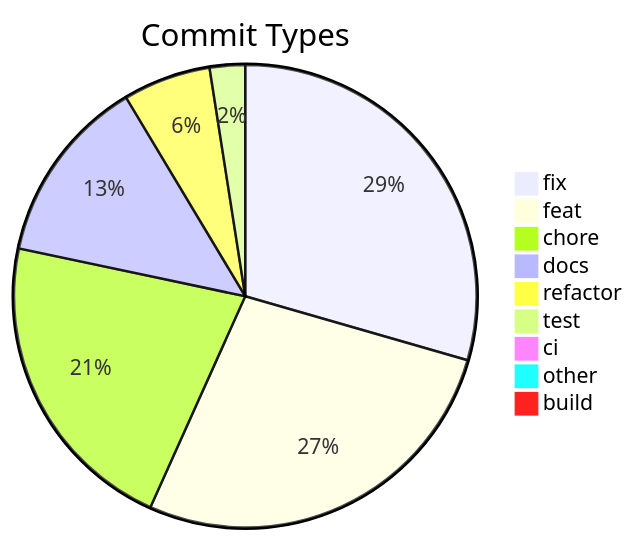
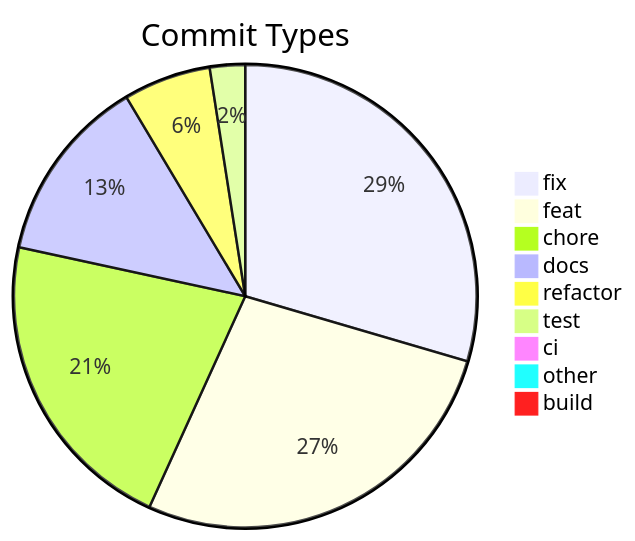
Before and after one commit to svenroth-ai/shipwright: the diagram in .shipwright/compliance/change-history.md, drawn with Mermaid. The commit also changed other lines of this file and 14 other files, not shown here.

````diff
--- a/.shipwright/compliance/change-history.md
+++ b/.shipwright/compliance/change-history.md
@@ -8,12 +8,12 @@
 ```mermaid
 pie title Commit Types
-    "fix" : 322
-    "feat" : 298
-    "chore" : 236
+    "fix" : 324
+    "feat" : 299
+    "chore" : 237
     "docs" : 143
     "refactor" : 67
     "test" : 27
     "ci" : 11
     "other" : 7
     "build" : 1
 ```
````
